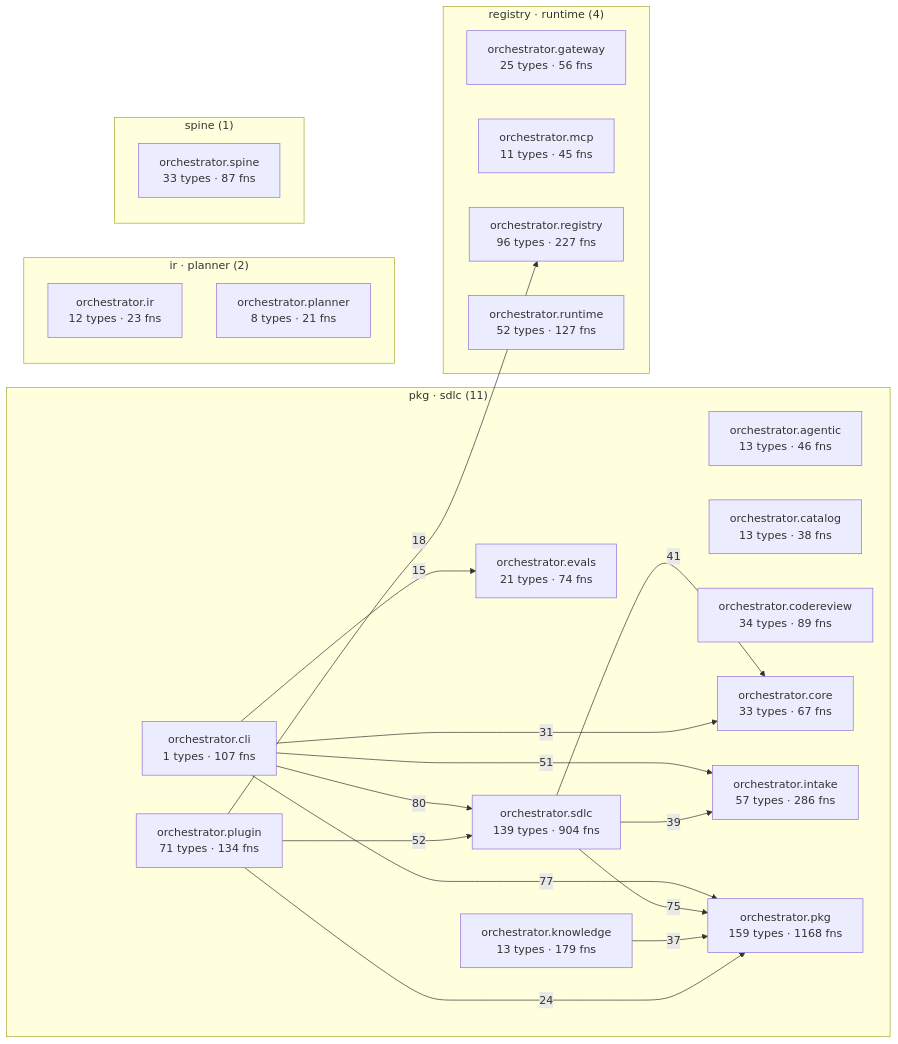
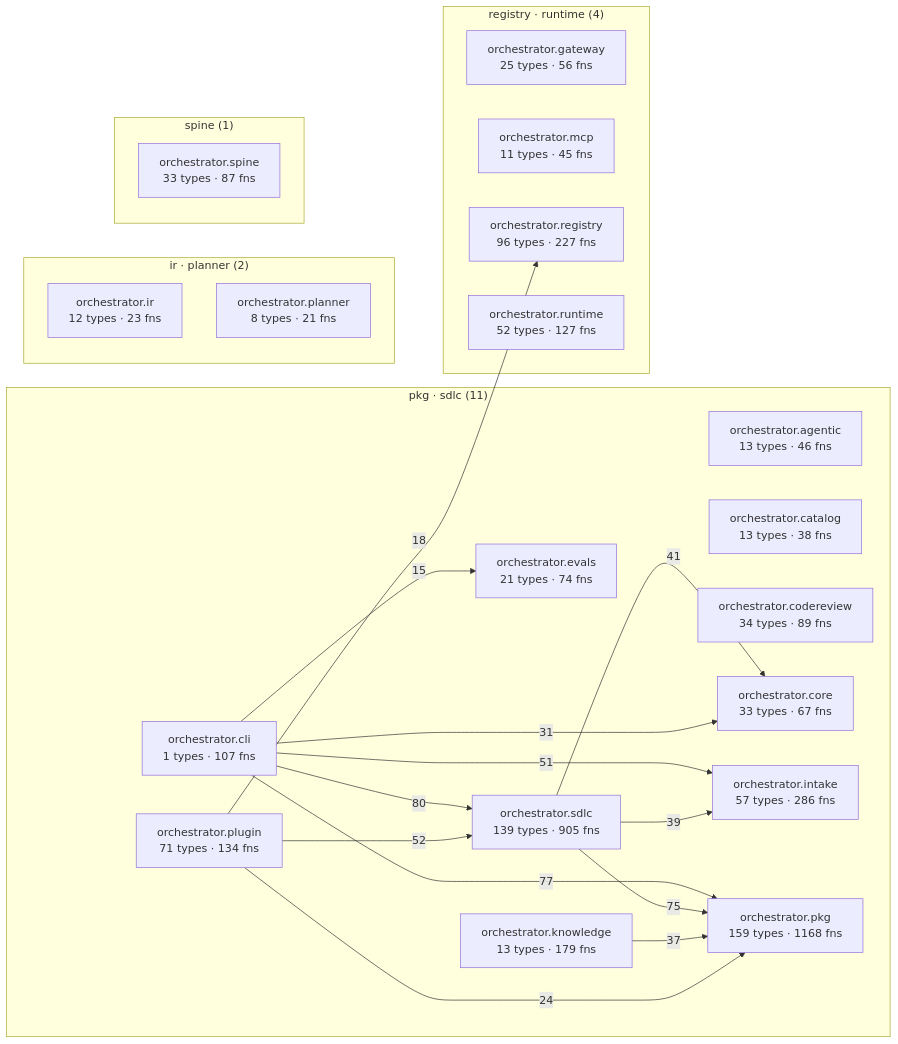
One commit to synaptixs/spine changed the diagram in episteme/architecture.md. Above: the diagram before and after it, drawn with Mermaid. The commit also changed other lines of this file and 16 other files, not shown here.

````diff
--- a/episteme/architecture.md
+++ b/episteme/architecture.md
@@ -55,41 +55,41 @@
 ```mermaid
 flowchart LR
   subgraph c_2["pkg · sdlc (11)"]
     aorchestratoragentic["orchestrator.agentic<br/>13 types · 46 fns"]
     aorchestratorcatalog["orchestrator.catalog<br/>13 types · 38 fns"]
     aorchestratorcli["orchestrator.cli<br/>1 types · 107 fns"]
     aorchestratorcodereview["orchestrator.codereview<br/>34 types · 89 fns"]
     aorchestratorcore["orchestrator.core<br/>33 types · 67 fns"]
     aorchestratorevals["orchestrator.evals<br/>21 types · 74 fns"]
     aorchestratorintake["orchestrator.intake<br/>57 types · 286 fns"]
     aorchestratorknowledge["orchestrator.knowledge<br/>13 types · 179 fns"]
     aorchestratorpkg["orchestrator.pkg<br/>159 types · 1168 fns"]
     aorchestratorplugin["orchestrator.plugin<br/>71 types · 134 fns"]
-    aorchestratorsdlc["orchestrator.sdlc<br/>139 types · 904 fns"]
+    aorchestratorsdlc["orchestrator.sdlc<br/>139 types · 905 fns"]
   end
   subgraph c_4["registry · runtime (4)"]
     aorchestratorgateway["orchestrator.gateway<br/>25 types · 56 fns"]
     aorchestratormcp["orchestrator.mcp<br/>11 types · 45 fns"]
     aorchestratorregistry["orchestrator.registry<br/>96 types · 227 fns"]
     aorchestratorruntime["orchestrator.runtime<br/>52 types · 127 fns"]
   end
   subgraph c_6["ir · planner (2)"]
     aorchestratorir["orchestrator.ir<br/>12 types · 23 fns"]
     aorchestratorplanner["orchestrator.planner<br/>8 types · 21 fns"]
   end
   subgraph c_11["spine (1)"]
     aorchestratorspine["orchestrator.spine<br/>33 types · 87 fns"]
   end
   aorchestratorcli -->|80| aorchestratorsdlc
   aorchestratorcli -->|77| aorchestratorpkg
   aorchestratorsdlc -->|75| aorchestratorpkg
   aorchestratorplugin -->|52| aorchestratorsdlc
   aorchestratorcli -->|51| aorchestratorintake
   aorchestratorsdlc -->|41| aorchestratorcore
   aorchestratorsdlc -->|39| aorchestratorintake
   aorchestratorknowledge -->|37| aorchestratorpkg
   aorchestratorcli -->|31| aorchestratorcore
   aorchestratorplugin -->|24| aorchestratorpkg
   aorchestratorplugin -->|18| aorchestratorregistry
   aorchestratorcli -->|15| aorchestratorevals
 ```
````
